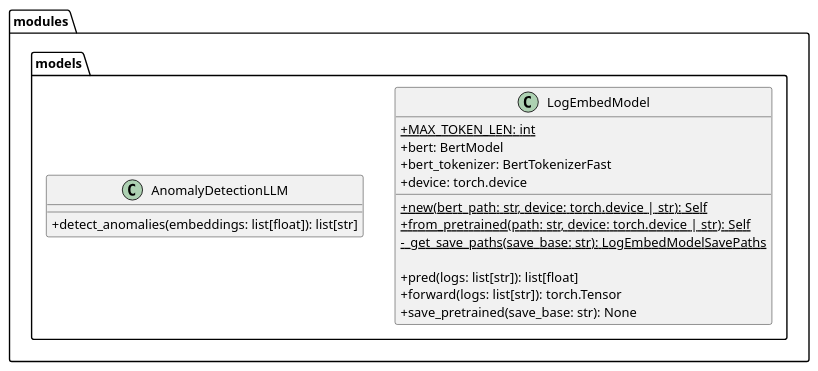
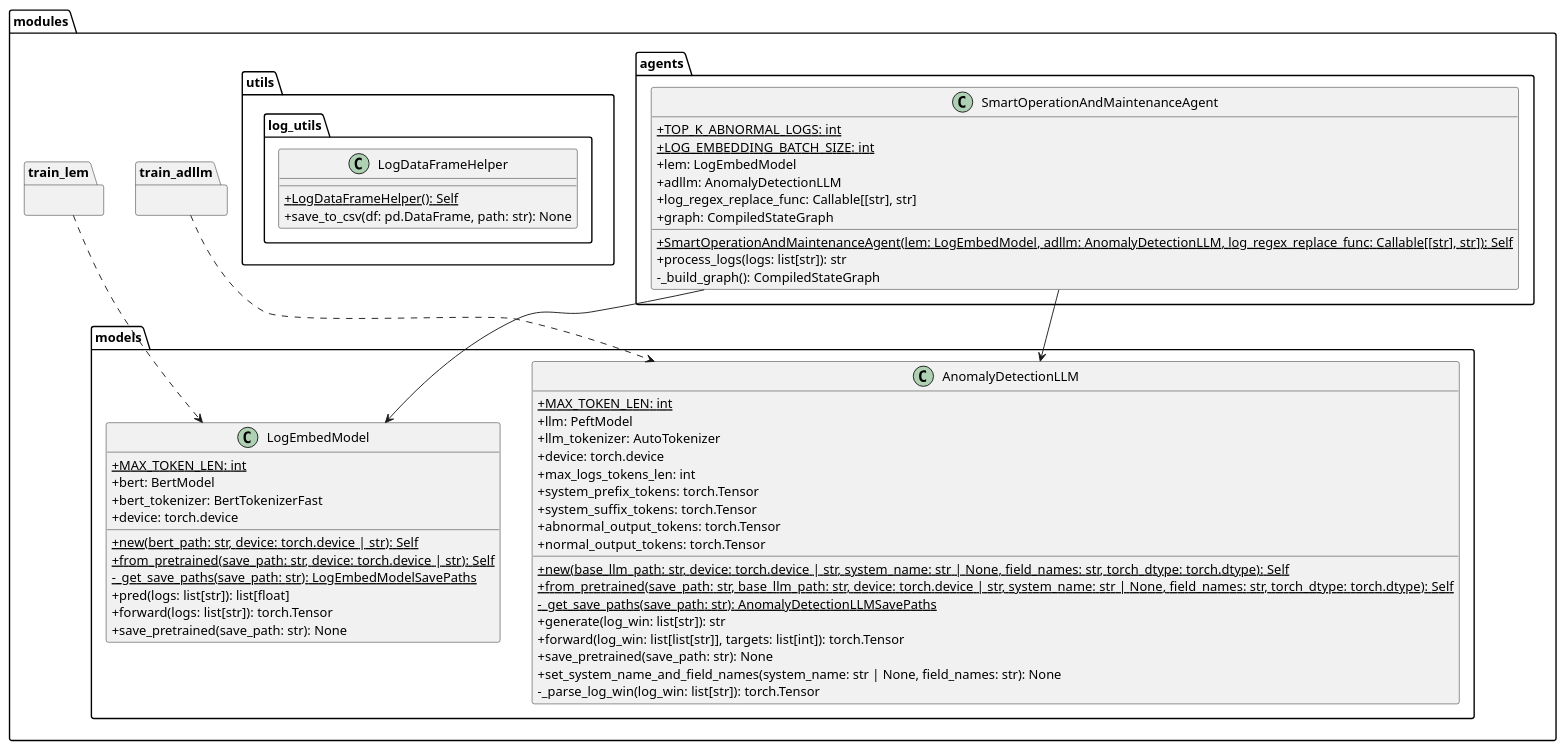
Before and after one commit to alsk1369854/smart-om-agent: the diagram in docs/uml/class/smart-om-agent.pu, drawn with PlantUML. The commit also changed 5 other files, not shown here.

Commit message:
refactor: AnormalDetectionLLM

```diff
--- a/docs/uml/class/smart-om-agent.pu
+++ b/docs/uml/class/smart-om-agent.pu
@@ -1,42 +1,77 @@
 @startuml
 skinparam classAttributeIconSize 0
+' left to right direction
+' top to bottom direction
+
 package "modules" {
-    ' package "agents" {
-    '     class "SmartOperationAndMaintenanceAgent" {
-    '         + {static} TOP_K_ABNORMAL_LOGS: int
-    '         + {static} LOG_EMBEDDING_BATCH_SIZE: int
-    '         + lem: LogEmbedModel
-    '         + adllm: AnomalyDetectionLLM
-    '         + log_regex_replace_func: Callable[[str], str]
+    package "agents" {
+        class SmartOperationAndMaintenanceAgent {
+            + {static} TOP_K_ABNORMAL_LOGS: int
+            + {static} LOG_EMBEDDING_BATCH_SIZE: int
+            + lem: LogEmbedModel
+            + adllm: AnomalyDetectionLLM
+            + log_regex_replace_func: Callable[[str], str]
+            + graph: CompiledStateGraph
 
-    '         + {static} SmartOperationAndMaintenanceAgent(lem: LogEmbedModel, adllm: AnomalyDetectionLLM, log_regex_replace_func: Callable[[str], str]): Self
-    '         + process_logs(logs: list[str]): str
-    '         - _build_graph(): CompiledStateGraph
+            + {static} SmartOperationAndMaintenanceAgent(lem: LogEmbedModel, adllm: AnomalyDetectionLLM, log_regex_replace_func: Callable[[str], str]): Self
+            + process_logs(logs: list[str]): str
+            - _build_graph(): CompiledStateGraph
             
-    '     }
-    ' }
+        }
+    }
 
     package "models" {
-        class "LogEmbedModel" {
+        class LogEmbedModel {
             + {static} MAX_TOKEN_LEN: int
             + bert: BertModel
             + bert_tokenizer: BertTokenizerFast
             + device: torch.device
 
             + {static} new(bert_path: str, device: torch.device | str): Self
-            + {static} from_pretrained(path: str, device: torch.device | str): Self
-            - {static} _get_save_paths(save_base: str): LogEmbedModelSavePaths
-            
+            + {static} from_pretrained(save_path: str, device: torch.device | str): Self
+            - {static} _get_save_paths(save_path: str): LogEmbedModelSavePaths
             + pred(logs: list[str]): list[float]
             + forward(logs: list[str]): torch.Tensor
-            + save_pretrained(save_base: str): None
+            + save_pretrained(save_path: str): None
+        }
 
+        class AnomalyDetectionLLM {
+            + {static} MAX_TOKEN_LEN: int
+            + llm: PeftModel
+            + llm_tokenizer: AutoTokenizer
+            + device: torch.device
+            + max_logs_tokens_len: int
+            + system_prefix_tokens: torch.Tensor
+            + system_suffix_tokens: torch.Tensor
+            + abnormal_output_tokens: torch.Tensor
+            + normal_output_tokens: torch.Tensor
+
+            + {static} new(base_llm_path: str, device: torch.device | str, system_name: str | None, field_names: str, torch_dtype: torch.dtype): Self
+            + {static} from_pretrained(save_path: str, base_llm_path: str, device: torch.device | str, system_name: str | None, field_names: str, torch_dtype: torch.dtype): Self
+            - {static} _get_save_paths(save_path: str): AnomalyDetectionLLMSavePaths
+            + generate(log_win: list[str]): str
+            + forward(log_win: list[list[str]], targets: list[int]): torch.Tensor
+            + save_pretrained(save_path: str): None
+            + set_system_name_and_field_names(system_name: str | None, field_names: str): None
+            - _parse_log_win(log_win: list[str]): torch.Tensor
         }
-        class "AnomalyDetectionLLM" {
-            + detect_anomalies(embeddings: list[float]): list[str]
+    }
+
+    package "train_adllm" {}
+    package "train_lem" {}
+
+    package "utils" {
+        package "log_utils" {
+            class LogDataFrameHelper {
+                + {static} LogDataFrameHelper(): Self
+                + save_to_csv(df: pd.DataFrame, path: str): None
+            }
         }
     }
 }
 
-
+SmartOperationAndMaintenanceAgent --> LogEmbedModel
+SmartOperationAndMaintenanceAgent --> AnomalyDetectionLLM
+train_adllm ..> AnomalyDetectionLLM
+train_lem ..> LogEmbedModel
 @enduml
```
